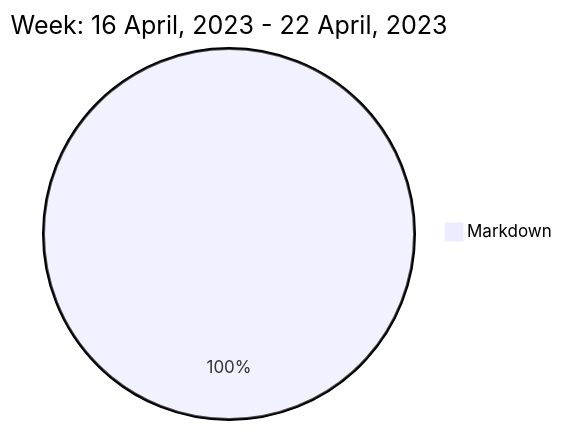
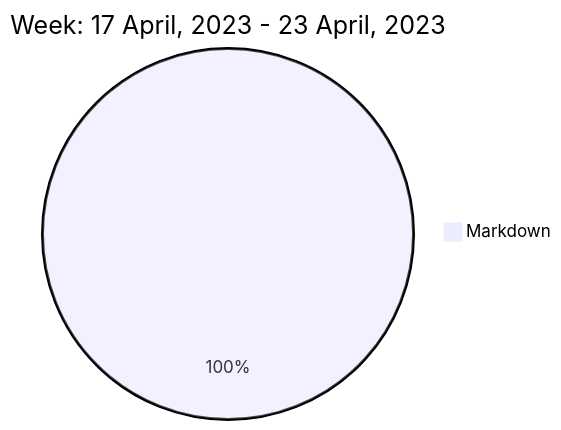
Before and after one commit to liubin95/liubin95: the diagram in README.md, drawn with Mermaid.

Commit message:
Updated the Graph with new Metrics

````diff
--- a/README.md
+++ b/README.md
@@ -40,5 +40,5 @@
 ```mermaid
  pie
-title Week: 16 April, 2023 - 22 April, 2023
+title Week: 17 April, 2023 - 23 April, 2023
  "Markdown" : 3.0
 ```
````
